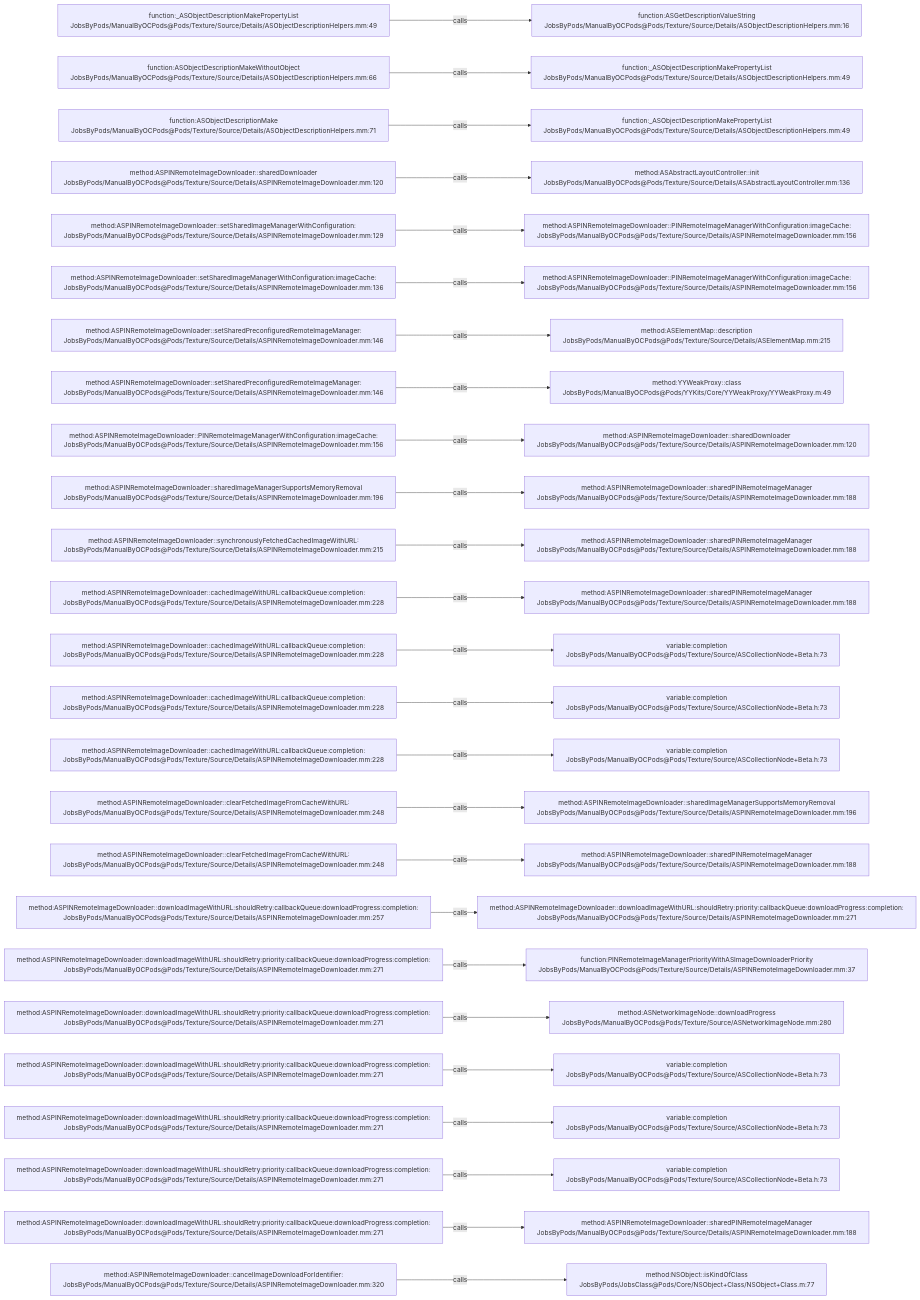
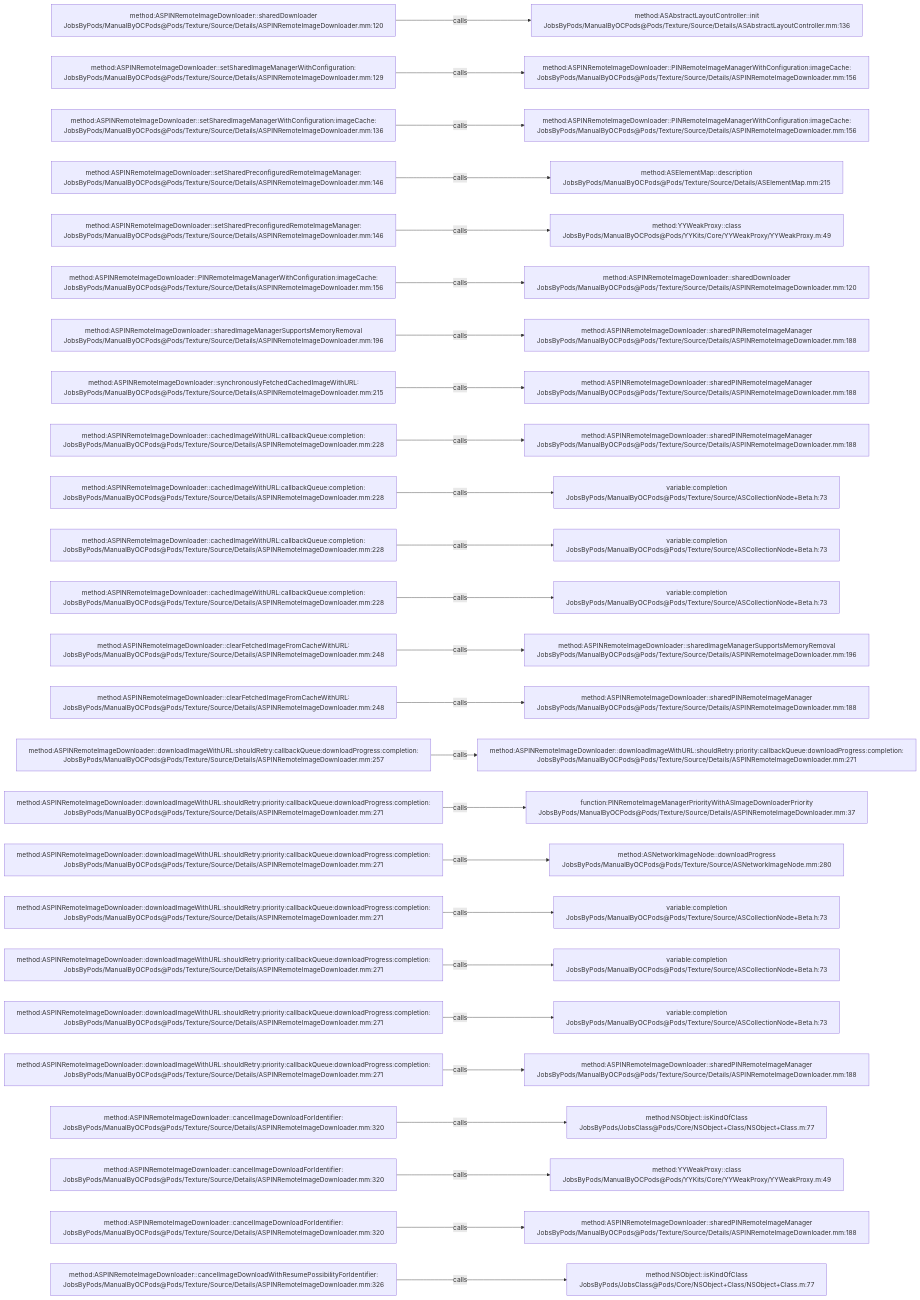
One commit to JobsKits/JobsOCBaseConfigDemo changed the diagram in .codegraph/codegraph.md/graphs/calls-163.md. Above: the diagram before and after it, drawn with Mermaid. The commit also changed 342 other files, not shown here.

````diff
--- a/.codegraph/codegraph.md/graphs/calls-163.md
+++ b/.codegraph/codegraph.md/graphs/calls-163.md
@@ -13,78 +13,78 @@
 ```mermaid
 flowchart LR
-  S1["function:_ASObjectDescriptionMakePropertyList<br/>JobsByPods/ManualByOCPods@Pods/Texture/Source/Details/ASObjectDescriptionHelpers.mm:49"]
-  T1["function:ASGetDescriptionValueString<br/>JobsByPods/ManualByOCPods@Pods/Texture/Source/Details/ASObjectDescriptionHelpers.mm:16"]
+  S1["method:ASPINRemoteImageDownloader::sharedDownloader<br/>JobsByPods/ManualByOCPods@Pods/Texture/Source/Details/ASPINRemoteImageDownloader.mm:120"]
+  T1["method:ASAbstractLayoutController::init<br/>JobsByPods/ManualByOCPods@Pods/Texture/Source/Details/ASAbstractLayoutController.mm:136"]
   S1 -->|calls| T1
-  S2["function:ASObjectDescriptionMakeWithoutObject<br/>JobsByPods/ManualByOCPods@Pods/Texture/Source/Details/ASObjectDescriptionHelpers.mm:66"]
-  T2["function:_ASObjectDescriptionMakePropertyList<br/>JobsByPods/ManualByOCPods@Pods/Texture/Source/Details/ASObjectDescriptionHelpers.mm:49"]
+  S2["method:ASPINRemoteImageDownloader::setSharedImageManagerWithConfiguration:<br/>JobsByPods/ManualByOCPods@Pods/Texture/Source/Details/ASPINRemoteImageDownloader.mm:129"]
+  T2["method:ASPINRemoteImageDownloader::PINRemoteImageManagerWithConfiguration:imageCache:<br/>JobsByPods/ManualByOCPods@Pods/Texture/Source/Details/ASPINRemoteImageDownloader.mm:156"]
   S2 -->|calls| T2
-  S3["function:ASObjectDescriptionMake<br/>JobsByPods/ManualByOCPods@Pods/Texture/Source/Details/ASObjectDescriptionHelpers.mm:71"]
-  T3["function:_ASObjectDescriptionMakePropertyList<br/>JobsByPods/ManualByOCPods@Pods/Texture/Source/Details/ASObjectDescriptionHelpers.mm:49"]
+  S3["method:ASPINRemoteImageDownloader::setSharedImageManagerWithConfiguration:imageCache:<br/>JobsByPods/ManualByOCPods@Pods/Texture/Source/Details/ASPINRemoteImageDownloader.mm:136"]
+  T3["method:ASPINRemoteImageDownloader::PINRemoteImageManagerWithConfiguration:imageCache:<br/>JobsByPods/ManualByOCPods@Pods/Texture/Source/Details/ASPINRemoteImageDownloader.mm:156"]
   S3 -->|calls| T3
-  S4["method:ASPINRemoteImageDownloader::sharedDownloader<br/>JobsByPods/ManualByOCPods@Pods/Texture/Source/Details/ASPINRemoteImageDownloader.mm:120"]
-  T4["method:ASAbstractLayoutController::init<br/>JobsByPods/ManualByOCPods@Pods/Texture/Source/Details/ASAbstractLayoutController.mm:136"]
+  S4["method:ASPINRemoteImageDownloader::setSharedPreconfiguredRemoteImageManager:<br/>JobsByPods/ManualByOCPods@Pods/Texture/Source/Details/ASPINRemoteImageDownloader.mm:146"]
+  T4["method:ASElementMap::description<br/>JobsByPods/ManualByOCPods@Pods/Texture/Source/Details/ASElementMap.mm:215"]
   S4 -->|calls| T4
-  S5["method:ASPINRemoteImageDownloader::setSharedImageManagerWithConfiguration:<br/>JobsByPods/ManualByOCPods@Pods/Texture/Source/Details/ASPINRemoteImageDownloader.mm:129"]
-  T5["method:ASPINRemoteImageDownloader::PINRemoteImageManagerWithConfiguration:imageCache:<br/>JobsByPods/ManualByOCPods@Pods/Texture/Source/Details/ASPINRemoteImageDownloader.mm:156"]
+  S5["method:ASPINRemoteImageDownloader::setSharedPreconfiguredRemoteImageManager:<br/>JobsByPods/ManualByOCPods@Pods/Texture/Source/Details/ASPINRemoteImageDownloader.mm:146"]
+  T5["method:YYWeakProxy::class<br/>JobsByPods/ManualByOCPods@Pods/YYKits/Core/YYWeakProxy/YYWeakProxy.m:49"]
   S5 -->|calls| T5
-  S6["method:ASPINRemoteImageDownloader::setSharedImageManagerWithConfiguration:imageCache:<br/>JobsByPods/ManualByOCPods@Pods/Texture/Source/Details/ASPINRemoteImageDownloader.mm:136"]
-  T6["method:ASPINRemoteImageDownloader::PINRemoteImageManagerWithConfiguration:imageCache:<br/>JobsByPods/ManualByOCPods@Pods/Texture/Source/Details/ASPINRemoteImageDownloader.mm:156"]
+  S6["method:ASPINRemoteImageDownloader::PINRemoteImageManagerWithConfiguration:imageCache:<br/>JobsByPods/ManualByOCPods@Pods/Texture/Source/Details/ASPINRemoteImageDownloader.mm:156"]
+  T6["method:ASPINRemoteImageDownloader::sharedDownloader<br/>JobsByPods/ManualByOCPods@Pods/Texture/Source/Details/ASPINRemoteImageDownloader.mm:120"]
   S6 -->|calls| T6
-  S7["method:ASPINRemoteImageDownloader::setSharedPreconfiguredRemoteImageManager:<br/>JobsByPods/ManualByOCPods@Pods/Texture/Source/Details/ASPINRemoteImageDownloader.mm:146"]
-  T7["method:ASElementMap::description<br/>JobsByPods/ManualByOCPods@Pods/Texture/Source/Details/ASElementMap.mm:215"]
+  S7["method:ASPINRemoteImageDownloader::sharedImageManagerSupportsMemoryRemoval<br/>JobsByPods/ManualByOCPods@Pods/Texture/Source/Details/ASPINRemoteImageDownloader.mm:196"]
+  T7["method:ASPINRemoteImageDownloader::sharedPINRemoteImageManager<br/>JobsByPods/ManualByOCPods@Pods/Texture/Source/Details/ASPINRemoteImageDownloader.mm:188"]
   S7 -->|calls| T7
-  S8["method:ASPINRemoteImageDownloader::setSharedPreconfiguredRemoteImageManager:<br/>JobsByPods/ManualByOCPods@Pods/Texture/Source/Details/ASPINRemoteImageDownloader.mm:146"]
-  T8["method:YYWeakProxy::class<br/>JobsByPods/ManualByOCPods@Pods/YYKits/Core/YYWeakProxy/YYWeakProxy.m:49"]
+  S8["method:ASPINRemoteImageDownloader::synchronouslyFetchedCachedImageWithURL:<br/>JobsByPods/ManualByOCPods@Pods/Texture/Source/Details/ASPINRemoteImageDownloader.mm:215"]
+  T8["method:ASPINRemoteImageDownloader::sharedPINRemoteImageManager<br/>JobsByPods/ManualByOCPods@Pods/Texture/Source/Details/ASPINRemoteImageDownloader.mm:188"]
   S8 -->|calls| T8
-  S9["method:ASPINRemoteImageDownloader::PINRemoteImageManagerWithConfiguration:imageCache:<br/>JobsByPods/ManualByOCPods@Pods/Texture/Source/Details/ASPINRemoteImageDownloader.mm:156"]
-  T9["method:ASPINRemoteImageDownloader::sharedDownloader<br/>JobsByPods/ManualByOCPods@Pods/Texture/Source/Details/ASPINRemoteImageDownloader.mm:120"]
+  S9["method:ASPINRemoteImageDownloader::cachedImageWithURL:callbackQueue:completion:<br/>JobsByPods/ManualByOCPods@Pods/Texture/Source/Details/ASPINRemoteImageDownloader.mm:228"]
+  T9["method:ASPINRemoteImageDownloader::sharedPINRemoteImageManager<br/>JobsByPods/ManualByOCPods@Pods/Texture/Source/Details/ASPINRemoteImageDownloader.mm:188"]
   S9 -->|calls| T9
-  S10["method:ASPINRemoteImageDownloader::sharedImageManagerSupportsMemoryRemoval<br/>JobsByPods/ManualByOCPods@Pods/Texture/Source/Details/ASPINRemoteImageDownloader.mm:196"]
-  T10["method:ASPINRemoteImageDownloader::sharedPINRemoteImageManager<br/>JobsByPods/ManualByOCPods@Pods/Texture/Source/Details/ASPINRemoteImageDownloader.mm:188"]
+  S10["method:ASPINRemoteImageDownloader::cachedImageWithURL:callbackQueue:completion:<br/>JobsByPods/ManualByOCPods@Pods/Texture/Source/Details/ASPINRemoteImageDownloader.mm:228"]
+  T10["variable:completion<br/>JobsByPods/ManualByOCPods@Pods/Texture/Source/ASCollectionNode+Beta.h:73"]
   S10 -->|calls| T10
-  S11["method:ASPINRemoteImageDownloader::synchronouslyFetchedCachedImageWithURL:<br/>JobsByPods/ManualByOCPods@Pods/Texture/Source/Details/ASPINRemoteImageDownloader.mm:215"]
-  T11["method:ASPINRemoteImageDownloader::sharedPINRemoteImageManager<br/>JobsByPods/ManualByOCPods@Pods/Texture/Source/Details/ASPINRemoteImageDownloader.mm:188"]
+  S11["method:ASPINRemoteImageDownloader::cachedImageWithURL:callbackQueue:completion:<br/>JobsByPods/ManualByOCPods@Pods/Texture/Source/Details/ASPINRemoteImageDownloader.mm:228"]
+  T11["variable:completion<br/>JobsByPods/ManualByOCPods@Pods/Texture/Source/ASCollectionNode+Beta.h:73"]
   S11 -->|calls| T11
   S12["method:ASPINRemoteImageDownloader::cachedImageWithURL:callbackQueue:completion:<br/>JobsByPods/ManualByOCPods@Pods/Texture/Source/Details/ASPINRemoteImageDownloader.mm:228"]
-  T12["method:ASPINRemoteImageDownloader::sharedPINRemoteImageManager<br/>JobsByPods/ManualByOCPods@Pods/Texture/Source/Details/ASPINRemoteImageDownloader.mm:188"]
+  T12["variable:completion<br/>JobsByPods/ManualByOCPods@Pods/Texture/Source/ASCollectionNode+Beta.h:73"]
   S12 -->|calls| T12
-  S13["method:ASPINRemoteImageDownloader::cachedImageWithURL:callbackQueue:completion:<br/>JobsByPods/ManualByOCPods@Pods/Texture/Source/Details/ASPINRemoteImageDownloader.mm:228"]
-  T13["variable:completion<br/>JobsByPods/ManualByOCPods@Pods/Texture/Source/ASCollectionNode+Beta.h:73"]
+  S13["method:ASPINRemoteImageDownloader::clearFetchedImageFromCacheWithURL:<br/>JobsByPods/ManualByOCPods@Pods/Texture/Source/Details/ASPINRemoteImageDownloader.mm:248"]
+  T13["method:ASPINRemoteImageDownloader::sharedImageManagerSupportsMemoryRemoval<br/>JobsByPods/ManualByOCPods@Pods/Texture/Source/Details/ASPINRemoteImageDownloader.mm:196"]
   S13 -->|calls| T13
-  S14["method:ASPINRemoteImageDownloader::cachedImageWithURL:callbackQueue:completion:<br/>JobsByPods/ManualByOCPods@Pods/Texture/Source/Details/ASPINRemoteImageDownloader.mm:228"]
-  T14["variable:completion<br/>JobsByPods/ManualByOCPods@Pods/Texture/Source/ASCollectionNode+Beta.h:73"]
+  S14["method:ASPINRemoteImageDownloader::clearFetchedImageFromCacheWithURL:<br/>JobsByPods/ManualByOCPods@Pods/Texture/Source/Details/ASPINRemoteImageDownloader.mm:248"]
+  T14["method:ASPINRemoteImageDownloader::sharedPINRemoteImageManager<br/>JobsByPods/ManualByOCPods@Pods/Texture/Source/Details/ASPINRemoteImageDownloader.mm:188"]
   S14 -->|calls| T14
-  S15["method:ASPINRemoteImageDownloader::cachedImageWithURL:callbackQueue:completion:<br/>JobsByPods/ManualByOCPods@Pods/Texture/Source/Details/ASPINRemoteImageDownloader.mm:228"]
-  T15["variable:completion<br/>JobsByPods/ManualByOCPods@Pods/Texture/Source/ASCollectionNode+Beta.h:73"]
+  S15["method:ASPINRemoteImageDownloader::downloadImageWithURL:shouldRetry:callbackQueue:downloadProgress:completion:<br/>JobsByPods/ManualByOCPods@Pods/Texture/Source/Details/ASPINRemoteImageDownloader.mm:257"]
+  T15["method:ASPINRemoteImageDownloader::downloadImageWithURL:shouldRetry:priority:callbackQueue:downloadProgress:completion:<br/>JobsByPods/ManualByOCPods@Pods/Texture/Source/Details/ASPINRemoteImageDownloader.mm:271"]
   S15 -->|calls| T15
-  S16["method:ASPINRemoteImageDownloader::clearFetchedImageFromCacheWithURL:<br/>JobsByPods/ManualByOCPods@Pods/Texture/Source/Details/ASPINRemoteImageDownloader.mm:248"]
-  T16["method:ASPINRemoteImageDownloader::sharedImageManagerSupportsMemoryRemoval<br/>JobsByPods/ManualByOCPods@Pods/Texture/Source/Details/ASPINRemoteImageDownloader.mm:196"]
+  S16["method:ASPINRemoteImageDownloader::downloadImageWithURL:shouldRetry:priority:callbackQueue:downloadProgress:completion:<br/>JobsByPods/ManualByOCPods@Pods/Texture/Source/Details/ASPINRemoteImageDownloader.mm:271"]
+  T16["function:PINRemoteImageManagerPriorityWithASImageDownloaderPriority<br/>JobsByPods/ManualByOCPods@Pods/Texture/Source/Details/ASPINRemoteImageDownloader.mm:37"]
   S16 -->|calls| T16
-  S17["method:ASPINRemoteImageDownloader::clearFetchedImageFromCacheWithURL:<br/>JobsByPods/ManualByOCPods@Pods/Texture/Source/Details/ASPINRemoteImageDownloader.mm:248"]
-  T17["method:ASPINRemoteImageDownloader::sharedPINRemoteImageManager<br/>JobsByPods/ManualByOCPods@Pods/Texture/Source/Details/ASPINRemoteImageDownloader.mm:188"]
+  S17["method:ASPINRemoteImageDownloader::downloadImageWithURL:shouldRetry:priority:callbackQueue:downloadProgress:completion:<br/>JobsByPods/ManualByOCPods@Pods/Texture/Source/Details/ASPINRemoteImageDownloader.mm:271"]
+  T17["method:ASNetworkImageNode::downloadProgress<br/>JobsByPods/ManualByOCPods@Pods/Texture/Source/ASNetworkImageNode.mm:280"]
   S17 -->|calls| T17
-  S18["method:ASPINRemoteImageDownloader::downloadImageWithURL:shouldRetry:callbackQueue:downloadProgress:completion:<br/>JobsByPods/ManualByOCPods@Pods/Texture/Source/Details/ASPINRemoteImageDownloader.mm:257"]
-  T18["method:ASPINRemoteImageDownloader::downloadImageWithURL:shouldRetry:priority:callbackQueue:downloadProgress:completion:<br/>JobsByPods/ManualByOCPods@Pods/Texture/Source/Details/ASPINRemoteImageDownloader.mm:271"]
+  S18["method:ASPINRemoteImageDownloader::downloadImageWithURL:shouldRetry:priority:callbackQueue:downloadProgress:completion:<br/>JobsByPods/ManualByOCPods@Pods/Texture/Source/Details/ASPINRemoteImageDownloader.mm:271"]
+  T18["variable:completion<br/>JobsByPods/ManualByOCPods@Pods/Texture/Source/ASCollectionNode+Beta.h:73"]
   S18 -->|calls| T18
   S19["method:ASPINRemoteImageDownloader::downloadImageWithURL:shouldRetry:priority:callbackQueue:downloadProgress:completion:<br/>JobsByPods/ManualByOCPods@Pods/Texture/Source/Details/ASPINRemoteImageDownloader.mm:271"]
-  T19["function:PINRemoteImageManagerPriorityWithASImageDownloaderPriority<br/>JobsByPods/ManualByOCPods@Pods/Texture/Source/Details/ASPINRemoteImageDownloader.mm:37"]
+  T19["variable:completion<br/>JobsByPods/ManualByOCPods@Pods/Texture/Source/ASCollectionNode+Beta.h:73"]
   S19 -->|calls| T19
   S20["method:ASPINRemoteImageDownloader::downloadImageWithURL:shouldRetry:priority:callbackQueue:downloadProgress:completion:<br/>JobsByPods/ManualByOCPods@Pods/Texture/Source/Details/ASPINRemoteImageDownloader.mm:271"]
-  T20["method:ASNetworkImageNode::downloadProgress<br/>JobsByPods/ManualByOCPods@Pods/Texture/Source/ASNetworkImageNode.mm:280"]
+  T20["variable:completion<br/>JobsByPods/ManualByOCPods@Pods/Texture/Source/ASCollectionNode+Beta.h:73"]
   S20 -->|calls| T20
   S21["method:ASPINRemoteImageDownloader::downloadImageWithURL:shouldRetry:priority:callbackQueue:downloadProgress:completion:<br/>JobsByPods/ManualByOCPods@Pods/Texture/Source/Details/ASPINRemoteImageDownloader.mm:271"]
-  T21["variable:completion<br/>JobsByPods/ManualByOCPods@Pods/Texture/Source/ASCollectionNode+Beta.h:73"]
+  T21["method:ASPINRemoteImageDownloader::sharedPINRemoteImageManager<br/>JobsByPods/ManualByOCPods@Pods/Texture/Source/Details/ASPINRemoteImageDownloader.mm:188"]
   S21 -->|calls| T21
-  S22["method:ASPINRemoteImageDownloader::downloadImageWithURL:shouldRetry:priority:callbackQueue:downloadProgress:completion:<br/>JobsByPods/ManualByOCPods@Pods/Texture/Source/Details/ASPINRemoteImageDownloader.mm:271"]
-  T22["variable:completion<br/>JobsByPods/ManualByOCPods@Pods/Texture/Source/ASCollectionNode+Beta.h:73"]
+  S22["method:ASPINRemoteImageDownloader::cancelImageDownloadForIdentifier:<br/>JobsByPods/ManualByOCPods@Pods/Texture/Source/Details/ASPINRemoteImageDownloader.mm:320"]
+  T22["method:NSObject::isKindOfClass<br/>JobsByPods/JobsClass@Pods/Core/NSObject+Class/NSObject+Class.m:77"]
   S22 -->|calls| T22
-  S23["method:ASPINRemoteImageDownloader::downloadImageWithURL:shouldRetry:priority:callbackQueue:downloadProgress:completion:<br/>JobsByPods/ManualByOCPods@Pods/Texture/Source/Details/ASPINRemoteImageDownloader.mm:271"]
-  T23["variable:completion<br/>JobsByPods/ManualByOCPods@Pods/Texture/Source/ASCollectionNode+Beta.h:73"]
+  S23["method:ASPINRemoteImageDownloader::cancelImageDownloadForIdentifier:<br/>JobsByPods/ManualByOCPods@Pods/Texture/Source/Details/ASPINRemoteImageDownloader.mm:320"]
+  T23["method:YYWeakProxy::class<br/>JobsByPods/ManualByOCPods@Pods/YYKits/Core/YYWeakProxy/YYWeakProxy.m:49"]
   S23 -->|calls| T23
-  S24["method:ASPINRemoteImageDownloader::downloadImageWithURL:shouldRetry:priority:callbackQueue:downloadProgress:completion:<br/>JobsByPods/ManualByOCPods@Pods/Texture/Source/Details/ASPINRemoteImageDownloader.mm:271"]
+  S24["method:ASPINRemoteImageDownloader::cancelImageDownloadForIdentifier:<br/>JobsByPods/ManualByOCPods@Pods/Texture/Source/Details/ASPINRemoteImageDownloader.mm:320"]
   T24["method:ASPINRemoteImageDownloader::sharedPINRemoteImageManager<br/>JobsByPods/ManualByOCPods@Pods/Texture/Source/Details/ASPINRemoteImageDownloader.mm:188"]
   S24 -->|calls| T24
-  S25["method:ASPINRemoteImageDownloader::cancelImageDownloadForIdentifier:<br/>JobsByPods/ManualByOCPods@Pods/Texture/Source/Details/ASPINRemoteImageDownloader.mm:320"]
+  S25["method:ASPINRemoteImageDownloader::cancelImageDownloadWithResumePossibilityForIdentifier:<br/>JobsByPods/ManualByOCPods@Pods/Texture/Source/Details/ASPINRemoteImageDownloader.mm:326"]
   T25["method:NSObject::isKindOfClass<br/>JobsByPods/JobsClass@Pods/Core/NSObject+Class/NSObject+Class.m:77"]
   S25 -->|calls| T25
 ```
````
